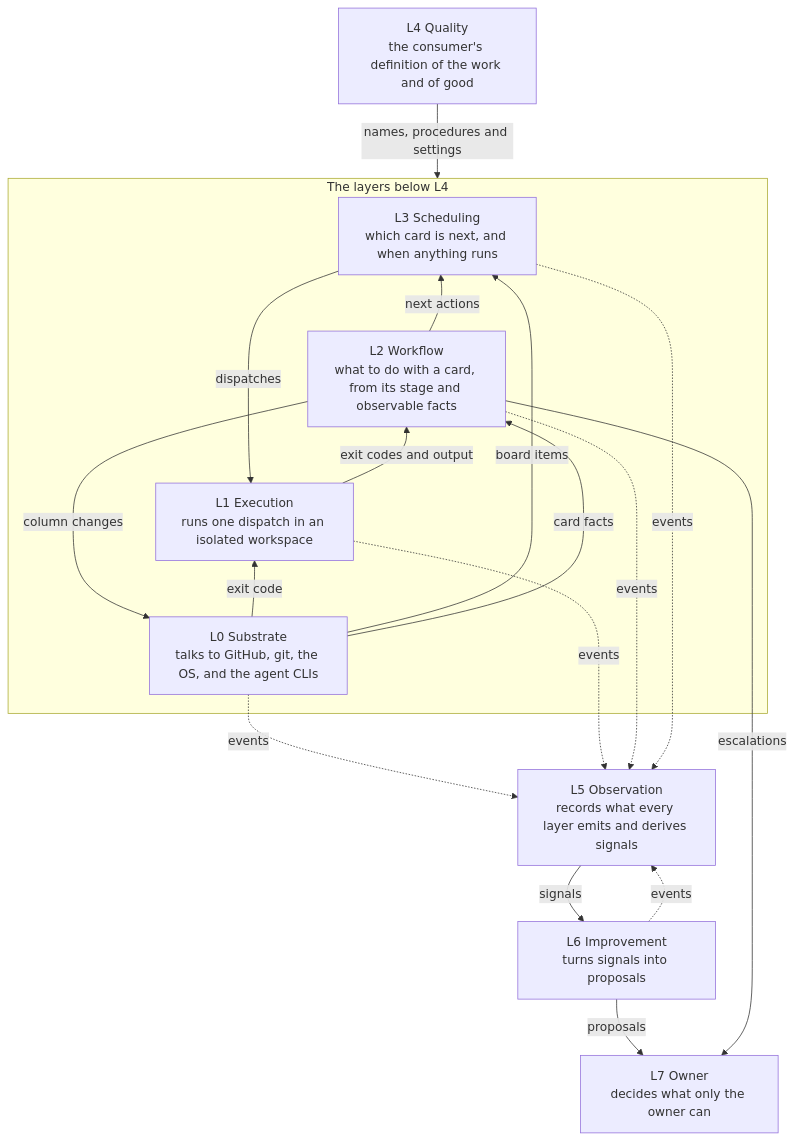
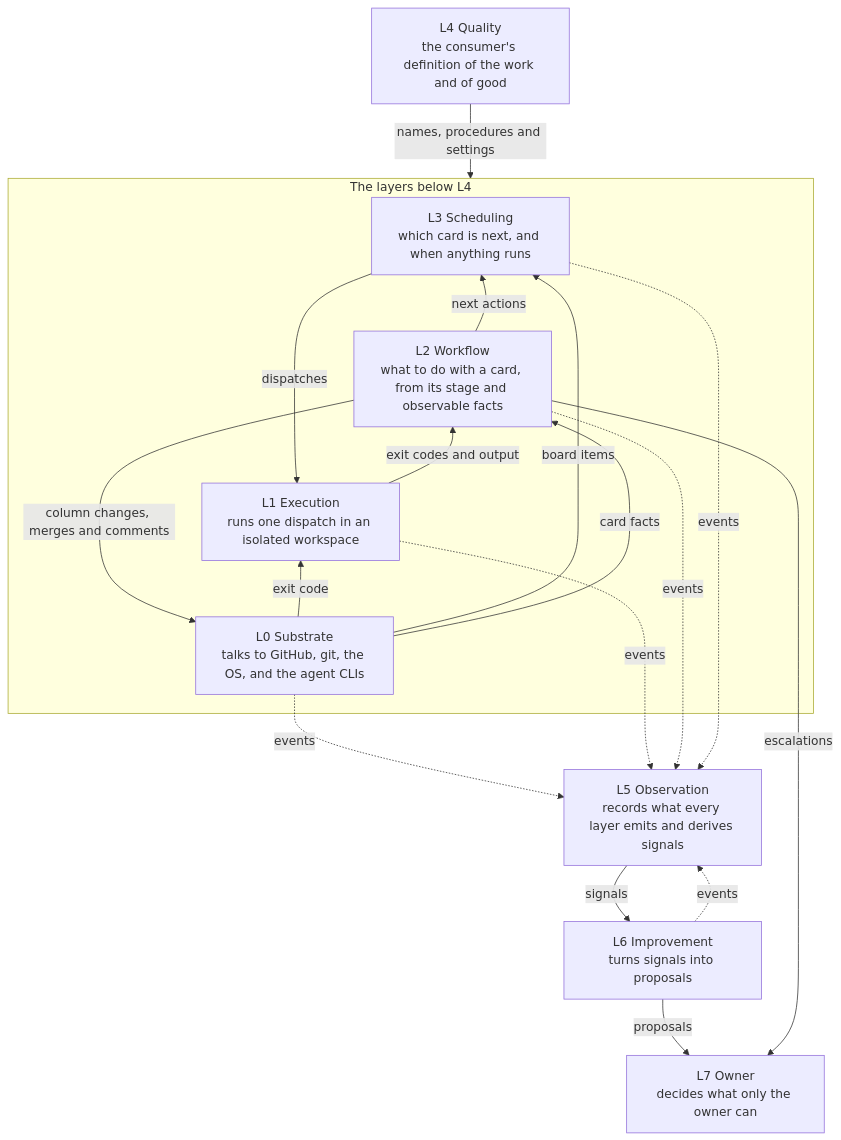
One commit to williacj/rigger changed the diagram in ARCHITECTURE.md. Above: the diagram before and after it, drawn with Mermaid. The commit also changed other lines of this file and 1 other file, not shown here.

````diff
--- a/ARCHITECTURE.md
+++ b/ARCHITECTURE.md
@@ -76,31 +79,31 @@
 ```mermaid
 flowchart TB
   L5["L5 Observation<br/>records what every layer emits and derives signals"]
   L6["L6 Improvement<br/>turns signals into proposals"]
   L7["L7 Owner<br/>decides what only the owner can"]
   L4["L4 Quality<br/>the consumer's definition of the work and of good"]
   subgraph below["The layers below L4"]
     L3["L3 Scheduling<br/>which card is next, and when anything runs"]
     L2["L2 Workflow<br/>what to do with a card, from its stage and observable facts"]
     L1["L1 Execution<br/>runs one dispatch in an isolated workspace"]
     L0["L0 Substrate<br/>talks to GitHub, git, the OS, and the agent CLIs"]
   end
   %% Invisible links, carrying nothing but the order of the stack.
   L3 ~~~ L2 ~~~ L1 ~~~ L0
   L4 -->|names, procedures and settings| below
   L2 -->|next actions| L3
   L3 -->|dispatches| L1
   L1 -->|exit codes and output| L2
   L0 -->|exit code| L1
   L0 -->|board items| L3
   L0 -->|card facts| L2
-  L2 -->|column changes| L0
+  L2 -->|column changes, merges and comments| L0
   L0 -.->|events| L5
   L1 -.->|events| L5
   L2 -.->|events| L5
   L3 -.->|events| L5
   L6 -.->|events| L5
   L5 -->|signals| L6
   L6 -->|proposals| L7
   L2 -->|escalations| L7
 ```
````
